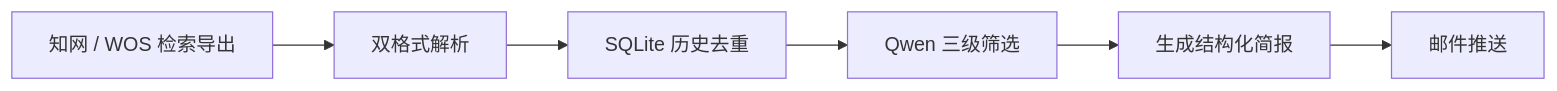
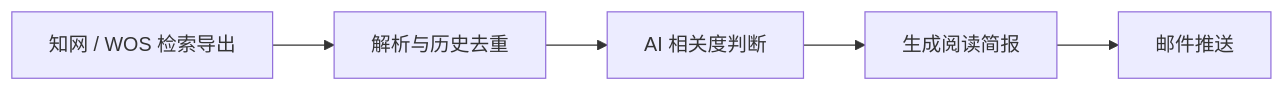
Before and after one commit to curious-leila/literature-tracker: the diagram in README.md, drawn with Mermaid. The commit also changed other lines of this file, not shown here.

````diff
--- a/README.md
+++ b/README.md
@@ -48,8 +43,7 @@
 ```mermaid
 flowchart LR
-    A["知网 / WOS 检索导出"] --> B["双格式解析"]
-    B --> C["SQLite 历史去重"]
-    C --> D["Qwen 三级筛选"]
-    D --> E["生成结构化简报"]
-    E --> F["邮件推送"]
+    A[知网 / WOS 检索导出] --> B[解析与历史去重]
+    B --> C[AI 相关度判断]
+    C --> D[生成阅读简报]
+    D --> E[邮件推送]
 ```
````
